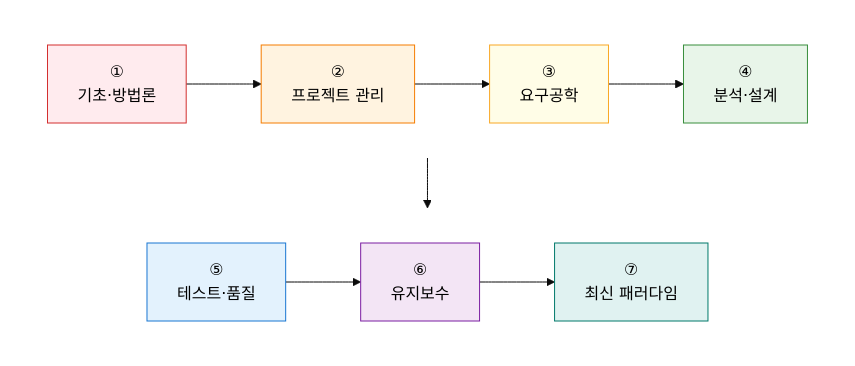
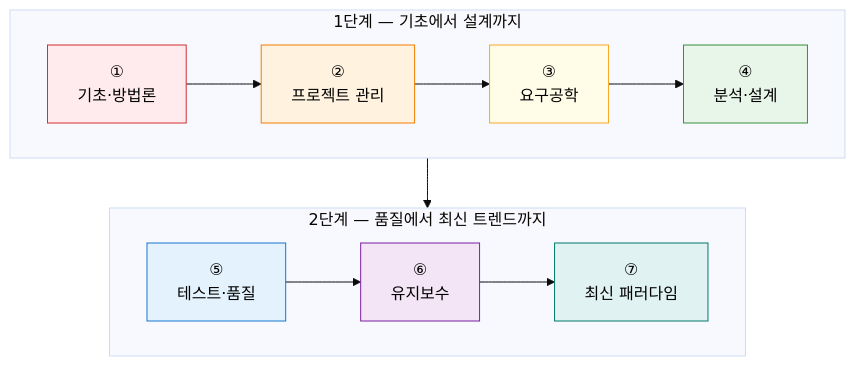
One commit to jeonck/itpe-KM changed the diagram in content/docs/01-software-engineering/_index.md. Above: the diagram before and after it, drawn with Mermaid.

Commit message:
style: 소프트웨어공학 로드맵 — 서브그래프 간 연결로 2행 가로 레이아웃 수정
D-->E 크로스 연결 제거 → R1-->R2 서브그래프 연결로 변경
direction LR 정상 작동 (세로 렌더링 문제 해소)

````diff
--- a/content/docs/01-software-engineering/_index.md
+++ b/content/docs/01-software-engineering/_index.md
@@ -11,30 +11,28 @@
 ```mermaid
 %%{init: { 'theme': 'base', 'themeVariables': { 'edgeLabelBackground': '#fff' }}}%%
 flowchart TD
-    subgraph R1["　"]
+    subgraph R1["1단계 — 기초에서 설계까지"]
         direction LR
         A["①<br/>기초·방법론"]
         B["②<br/>프로젝트 관리"]
         C["③<br/>요구공학"]
         D["④<br/>분석·설계"]
         A --> B --> C --> D
     end
-    subgraph R2["　"]
+    subgraph R2["2단계 — 품질에서 최신 트렌드까지"]
         direction LR
         E["⑤<br/>테스트·품질"]
         F["⑥<br/>유지보수"]
         G["⑦<br/>최신 패러다임"]
         E --> F --> G
     end
-    D --> E
+    R1 --> R2
 
-    style R1 fill:none,stroke:none
-    style R2 fill:none,stroke:none
     style A fill:#FFEBEE,stroke:#D32F2F,color:#000
     style B fill:#FFF3E0,stroke:#F57C00,color:#000
     style C fill:#FFFDE7,stroke:#F9A825,color:#000
     style D fill:#E8F5E9,stroke:#388E3C,color:#000
     style E fill:#E3F2FD,stroke:#1976D2,color:#000
     style F fill:#F3E5F5,stroke:#7B1FA2,color:#000
     style G fill:#E0F2F1,stroke:#00796B,color:#000
 ```
````
